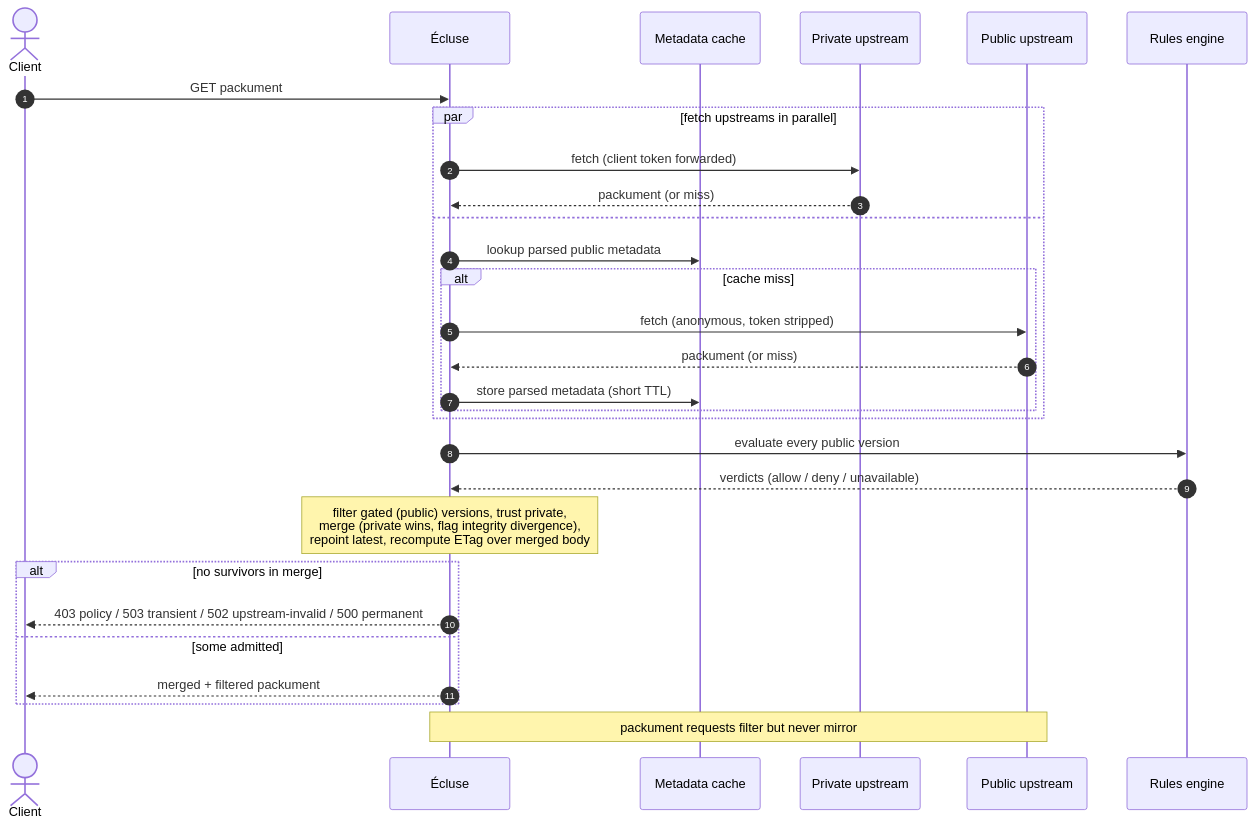
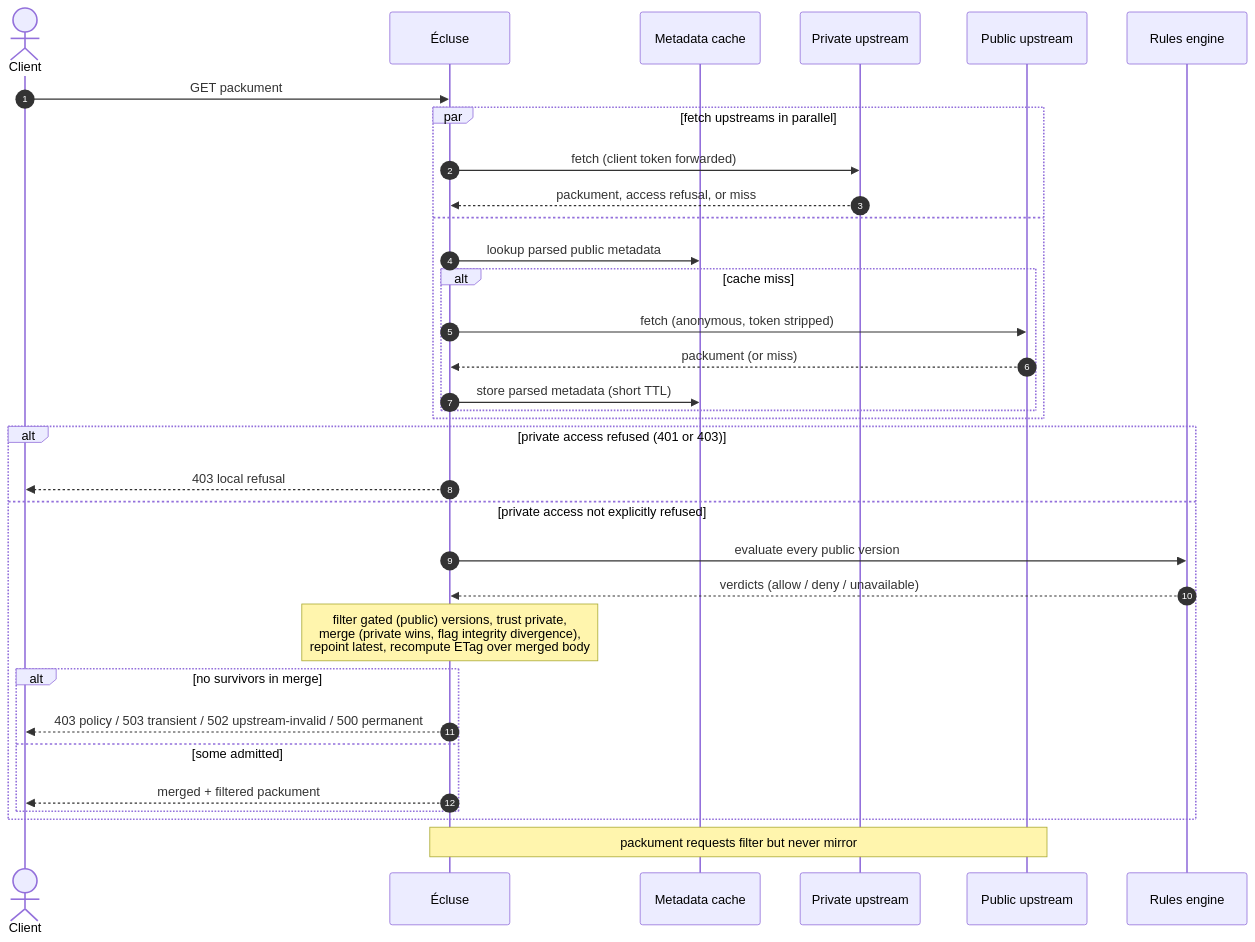
The third of 3 diagrams in docs/architecture/registry-model.md (AlexaDeWit/npm-secure-proxy), drawn with Mermaid before and after one commit. The commit also changed other lines of this file and 28 other files, not shown here.

````diff
--- a/docs/architecture/registry-model.md
+++ b/docs/architecture/registry-model.md
@@ -249,32 +256,36 @@
 ```mermaid
 sequenceDiagram
     autonumber
     actor Client
     participant E as Écluse
     participant Cache as Metadata cache
     participant Priv as Private upstream
     participant Pub as Public upstream
     participant Rules as Rules engine
 
     Client->>E: GET packument
     par fetch upstreams in parallel
         E->>Priv: fetch (client token forwarded)
-        Priv-->>E: packument (or miss)
+        Priv-->>E: packument, access refusal, or miss
     and
         E->>Cache: lookup parsed public metadata
         alt cache miss
             E->>Pub: fetch (anonymous, token stripped)
             Pub-->>E: packument (or miss)
             E->>Cache: store parsed metadata (short TTL)
         end
     end
-    E->>Rules: evaluate every public version
-    Rules-->>E: verdicts (allow / deny / unavailable)
-    Note over E: filter gated (public) versions, trust private,<br/>merge (private wins, flag integrity divergence),<br/>repoint latest, recompute ETag over merged body
-    alt no survivors in merge
-        E-->>Client: 403 policy / 503 transient / 502 upstream-invalid / 500 permanent
-    else some admitted
-        E-->>Client: merged + filtered packument
+    alt private access refused (401 or 403)
+        E-->>Client: 403 local refusal
+    else private access not explicitly refused
+        E->>Rules: evaluate every public version
+        Rules-->>E: verdicts (allow / deny / unavailable)
+        Note over E: filter gated (public) versions, trust private,<br/>merge (private wins, flag integrity divergence),<br/>repoint latest, recompute ETag over merged body
+        alt no survivors in merge
+            E-->>Client: 403 policy / 503 transient / 502 upstream-invalid / 500 permanent
+        else some admitted
+            E-->>Client: merged + filtered packument
+        end
     end
     Note over E,Pub: packument requests filter but never mirror
 ```
````
